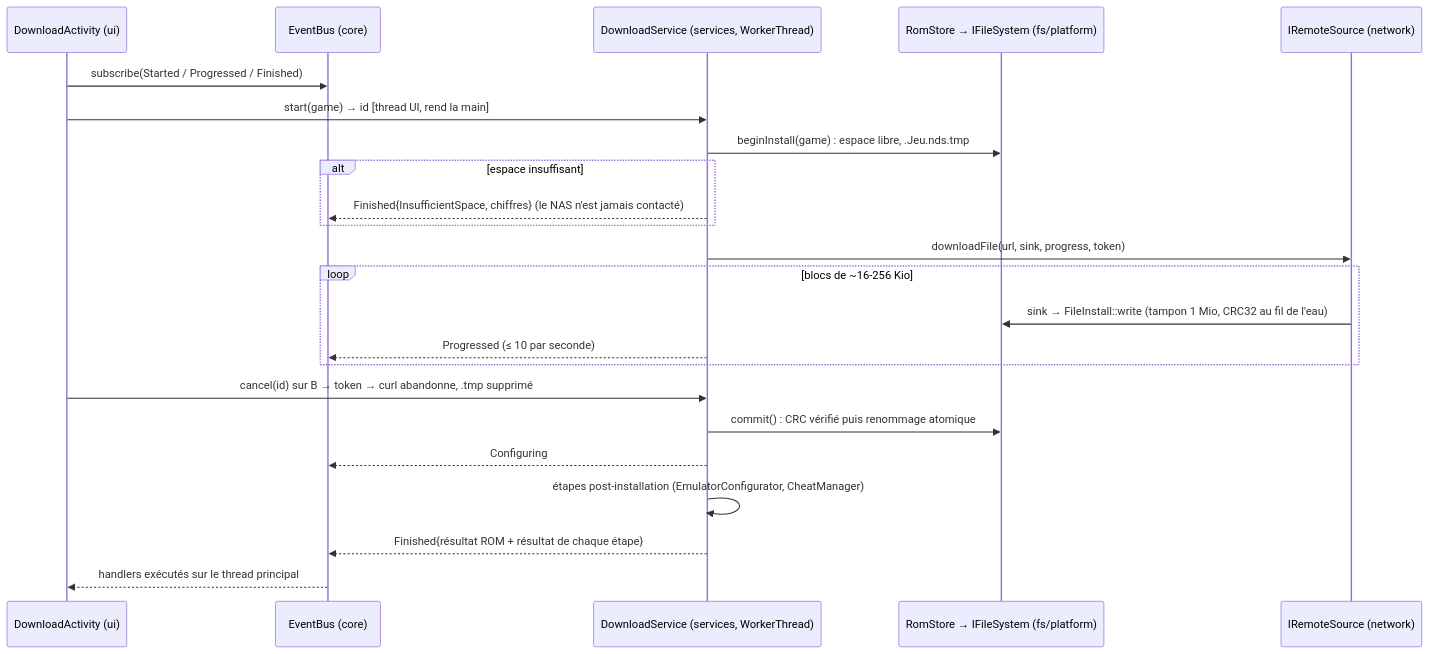
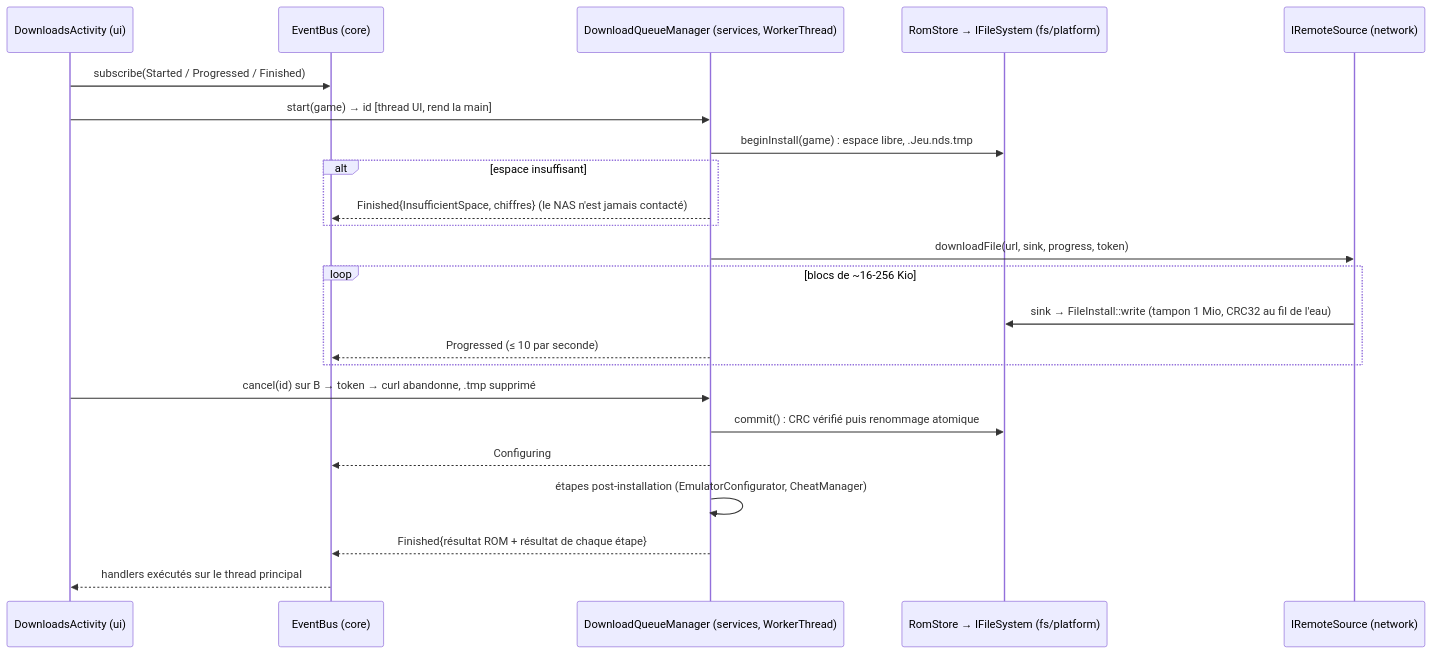
Before and after one commit to leo3438/my_little_shop_discord.py: the third of 5 diagrams in retromanager/ARCHITECTURE.md, drawn with Mermaid. The commit also changed other lines of this file and 4 other files, not shown here.

First line of the commit message:
RetroManager docs: download queue, resume, Phase 8

````diff
--- a/retromanager/ARCHITECTURE.md
+++ b/retromanager/ARCHITECTURE.md
@@ -186,25 +189,25 @@
 ```mermaid
 sequenceDiagram
-    participant UI as DownloadActivity (ui)
+    participant UI as DownloadsActivity (ui)
     participant B as EventBus (core)
-    participant D as DownloadService (services, WorkerThread)
+    participant D as DownloadQueueManager (services, WorkerThread)
     participant F as RomStore → IFileSystem (fs/platform)
     participant R as IRemoteSource (network)
     UI->>B: subscribe(Started / Progressed / Finished)
     UI->>D: start(game) → id                       [thread UI, rend la main]
     D->>F: beginInstall(game) : espace libre, .Jeu.nds.tmp
     alt espace insuffisant
         D-->>B: Finished{InsufficientSpace, chiffres}  (le NAS n'est jamais contacté)
     end
     D->>R: downloadFile(url, sink, progress, token)
     loop blocs de ~16-256 Kio
         R->>F: sink → FileInstall::write (tampon 1 Mio, CRC32 au fil de l'eau)
         D-->>B: Progressed (≤ 10 par seconde)
     end
     UI->>D: cancel(id) sur B → token → curl abandonne, .tmp supprimé
     D->>F: commit() : CRC vérifié puis renommage atomique
     D-->>B: Configuring
     D->>D: étapes post-installation (EmulatorConfigurator, CheatManager)
     D-->>B: Finished{résultat ROM + résultat de chaque étape}
     B-->>UI: handlers exécutés sur le thread principal
 ```
````
